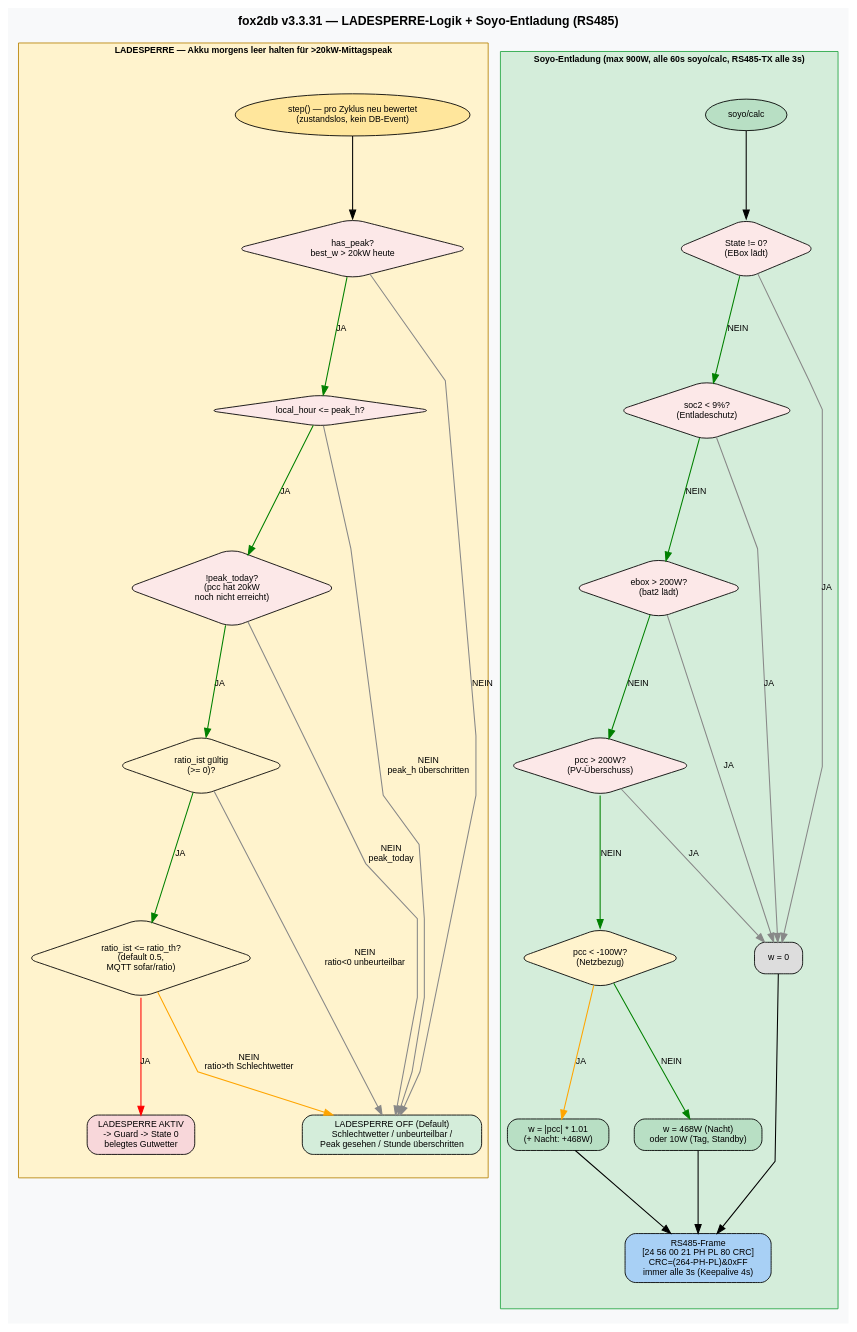
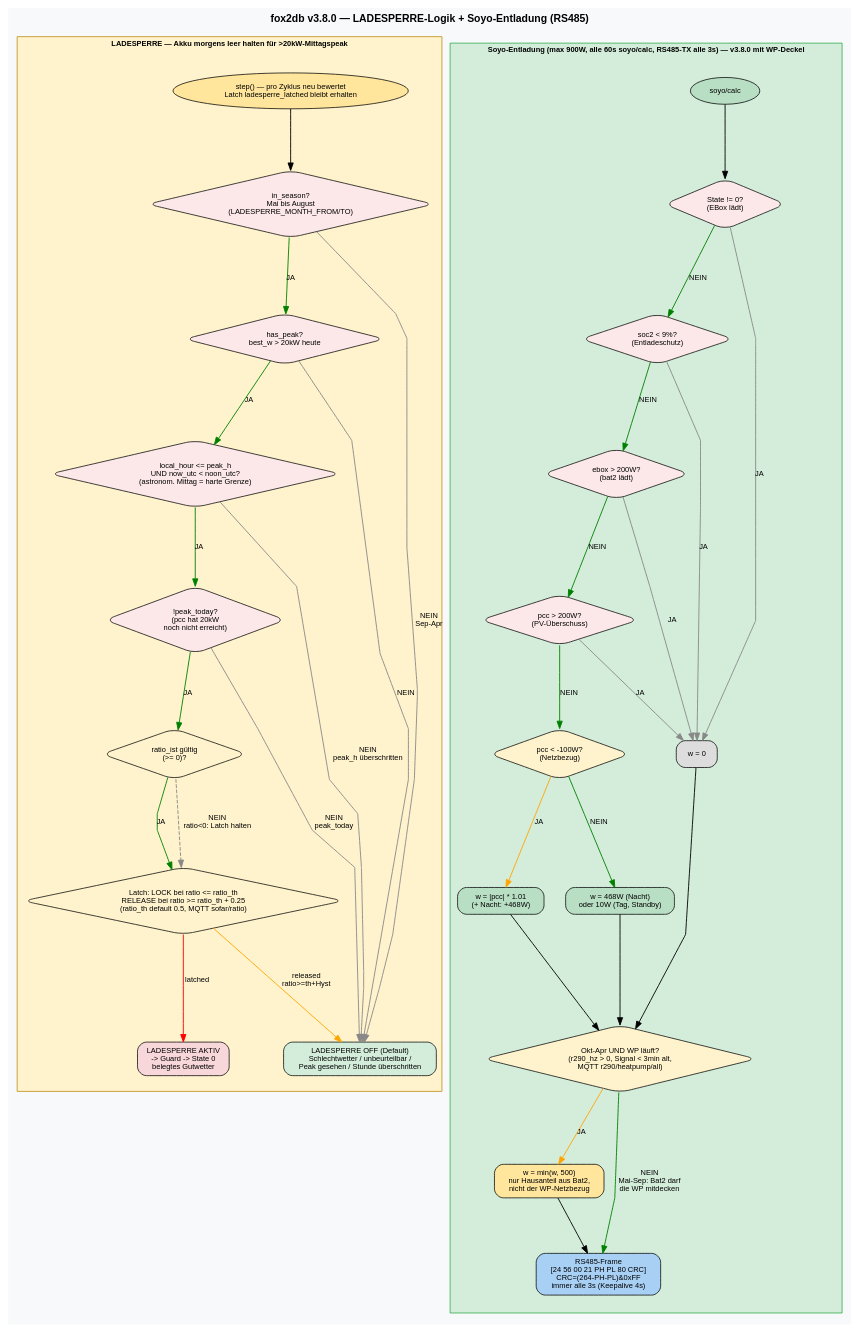
One commit to gerontec/sofar changed the diagram in waveshare_v3_page4.dot. Above: the diagram before and after it, drawn with Graphviz. The commit also changed 9 other files, not shown here.

First line of the commit message:
docs(waveshare): Flowchart auf v3.8.0 — Soyo-WP-Deckel, Ladesperre-Saison + Latch

```diff
--- a/waveshare_v3_page4.dot
+++ b/waveshare_v3_page4.dot
@@ -1,68 +1,76 @@
 
 digraph WaveshareSoyo {
     graph [
-        label="fox2db v3.3.31 — LADESPERRE-Logik + Soyo-Entladung (RS485)"
+        label="fox2db v3.8.0 — LADESPERRE-Logik + Soyo-Entladung (RS485)"
         labelloc=t fontsize=14 fontname="Helvetica-Bold"
         rankdir=TB splines=polyline nodesep=0.4 ranksep=0.5
         bgcolor="#f8f9fa" size="11,17" ratio=fill
     ]
     node [fontname="Helvetica" fontsize=10 margin="0.18,0.08" style="filled,rounded"]
     edge [fontname="Helvetica" fontsize=10 penwidth=1.2]
 
     subgraph cluster_lade {
         label="LADESPERRE — Akku morgens leer halten für >20kW-Mittagspeak" style="filled" fillcolor="#fff3cd"
         fontname="Helvetica-Bold" fontsize=10 color="#b8860b"
 
-        L0 [shape=oval fillcolor="#ffe69c" label="step() — pro Zyklus neu bewertet\n(zustandslos, kein DB-Event)"]
+        L0 [shape=oval fillcolor="#ffe69c" label="step() — pro Zyklus neu bewertet\nLatch ladesperre_latched bleibt erhalten"]
+        Ls [shape=diamond fillcolor="#fce8e8" label="in_season?\nMai bis August\n(LADESPERRE_MONTH_FROM/TO)"]
         L1 [shape=diamond fillcolor="#fce8e8" label="has_peak?\nbest_w > 20kW heute"]
-        L2 [shape=diamond fillcolor="#fce8e8" label="local_hour <= peak_h?"]
+        L2 [shape=diamond fillcolor="#fce8e8" label="local_hour <= peak_h\nUND now_utc < noon_utc?\n(astronom. Mittag = harte Grenze)"]
         L3 [shape=diamond fillcolor="#fce8e8" label="!peak_today?\n(pcc hat 20kW\nnoch nicht erreicht)"]
         L4 [shape=diamond fillcolor="#fff3cd" label="ratio_ist gültig\n(>= 0)?"]
-        L5 [shape=diamond fillcolor="#fff3cd" label="ratio_ist <= ratio_th?\n(default 0.5,\nMQTT sofar/ratio)"]
+        L5 [shape=diamond fillcolor="#fff3cd" label="Latch: LOCK bei ratio <= ratio_th\nRELEASE bei ratio >= ratio_th + 0.25\n(ratio_th default 0.5, MQTT sofar/ratio)"]
         LON [shape=box fillcolor="#f8d7da" label="LADESPERRE AKTIV\n-> Guard -> State 0\nbelegtes Gutwetter"]
         LOFF [shape=box fillcolor="#d4edda" label="LADESPERRE OFF (Default)\nSchlechtwetter / unbeurteilbar /\nPeak gesehen / Stunde überschritten"]
 
-        L0 -> L1
+        L0 -> Ls
+        Ls -> L1 [label="JA" color="green"]
+        Ls -> LOFF [label="NEIN\nSep-Apr" color="#888888"]
         L1 -> L2 [label="JA" color="green"]
         L1 -> LOFF [label="NEIN" color="#888888"]
         L2 -> L3 [label="JA" color="green"]
         L2 -> LOFF [label="NEIN\npeak_h überschritten" color="#888888"]
         L3 -> L4 [label="JA" color="green"]
         L3 -> LOFF [label="NEIN\npeak_today" color="#888888"]
         L4 -> L5 [label="JA" color="green"]
-        L4 -> LOFF [label="NEIN\nratio<0 unbeurteilbar" color="#888888"]
-        L5 -> LON [label="JA" color="red"]
-        L5 -> LOFF [label="NEIN\nratio>th Schlechtwetter" color="orange"]
+        L4 -> L5 [label="NEIN\nratio<0: Latch halten" style=dashed color="#888888"]
+        L5 -> LON [label="latched" color="red"]
+        L5 -> LOFF [label="released\nratio>=th+Hyst" color="orange"]
     }
 
     subgraph cluster_soyo {
-        label="Soyo-Entladung (max 900W, alle 60s soyo/calc, RS485-TX alle 3s)" style="filled" fillcolor="#d4edda"
+        label="Soyo-Entladung (max 900W, alle 60s soyo/calc, RS485-TX alle 3s) — v3.8.0 mit WP-Deckel" style="filled" fillcolor="#d4edda"
         fontname="Helvetica-Bold" fontsize=10 color="#28a745"
 
         S0 [shape=oval fillcolor="#b8dfc4" label="soyo/calc"]
         Sd1 [shape=diamond fillcolor="#fce8e8" label="State != 0?\n(EBox lädt)"]
         Sd2 [shape=diamond fillcolor="#fce8e8" label="soc2 < 9%?\n(Entladeschutz)"]
         Sd3 [shape=diamond fillcolor="#fce8e8" label="ebox > 200W?\n(bat2 lädt)"]
         Sd4 [shape=diamond fillcolor="#fce8e8" label="pcc > 200W?\n(PV-Überschuss)"]
         Sd5 [shape=diamond fillcolor="#fff3cd" label="pcc < -100W?\n(Netzbezug)"]
         Sw0 [shape=box fillcolor="#dddddd" label="w = 0"]
         Swc [shape=box fillcolor="#b8dfc4" label="w = |pcc| * 1.01\n(+ Nacht: +468W)"]
         Sws [shape=box fillcolor="#b8dfc4" label="w = 468W (Nacht)\noder 10W (Tag, Standby)"]
+        Swp [shape=diamond fillcolor="#fff3cd" label="Okt-Apr UND WP läuft?\n(r290_hz > 0, Signal < 3min alt,\nMQTT r290/heatpump/all)"]
+        Scap [shape=box fillcolor="#ffe69c" label="w = min(w, 500)\nnur Hausanteil aus Bat2,\nnicht der WP-Netzbezug"]
         Stx [shape=box fillcolor="#a8d0f5" label="RS485-Frame\n[24 56 00 21 PH PL 80 CRC]\nCRC=(264-PH-PL)&0xFF\nimmer alle 3s (Keepalive 4s)"]
 
         S0 -> Sd1
         Sd1 -> Sw0 [label="JA" color="#888888"]
         Sd1 -> Sd2 [label="NEIN" color="green"]
         Sd2 -> Sw0 [label="JA" color="#888888"]
         Sd2 -> Sd3 [label="NEIN" color="green"]
         Sd3 -> Sw0 [label="JA" color="#888888"]
         Sd3 -> Sd4 [label="NEIN" color="green"]
         Sd4 -> Sw0 [label="JA" color="#888888"]
         Sd4 -> Sd5 [label="NEIN" color="green"]
         Sd5 -> Swc [label="JA" color="orange"]
         Sd5 -> Sws [label="NEIN" color="green"]
-        Sw0 -> Stx
-        Swc -> Stx
-        Sws -> Stx
+        Sw0 -> Swp
+        Swc -> Swp
+        Sws -> Swp
+        Swp -> Scap [label="JA" color="orange"]
+        Swp -> Stx [label="NEIN\nMai-Sep: Bat2 darf\ndie WP mitdecken" color="green"]
+        Scap -> Stx
     }
 }
```
